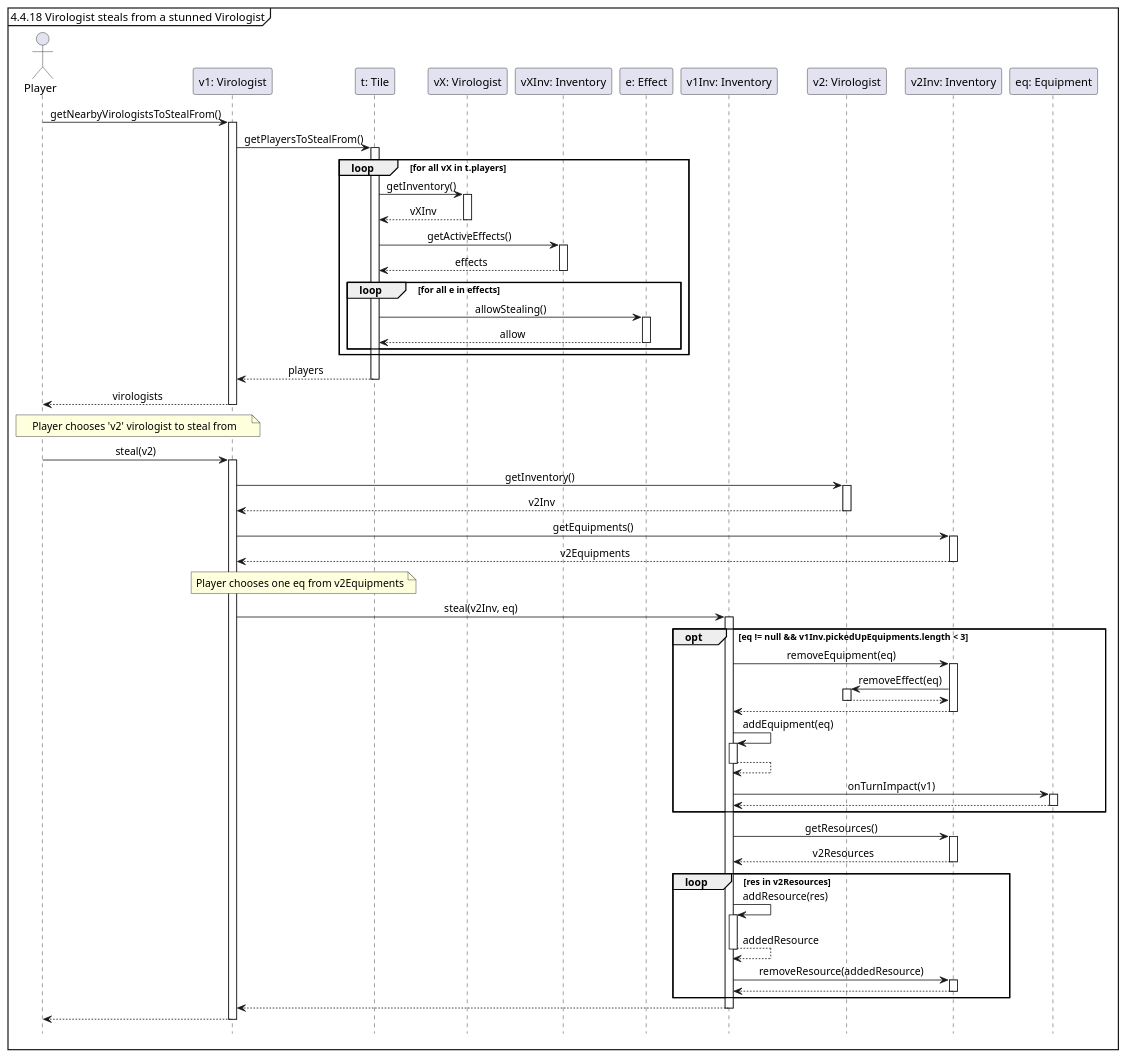
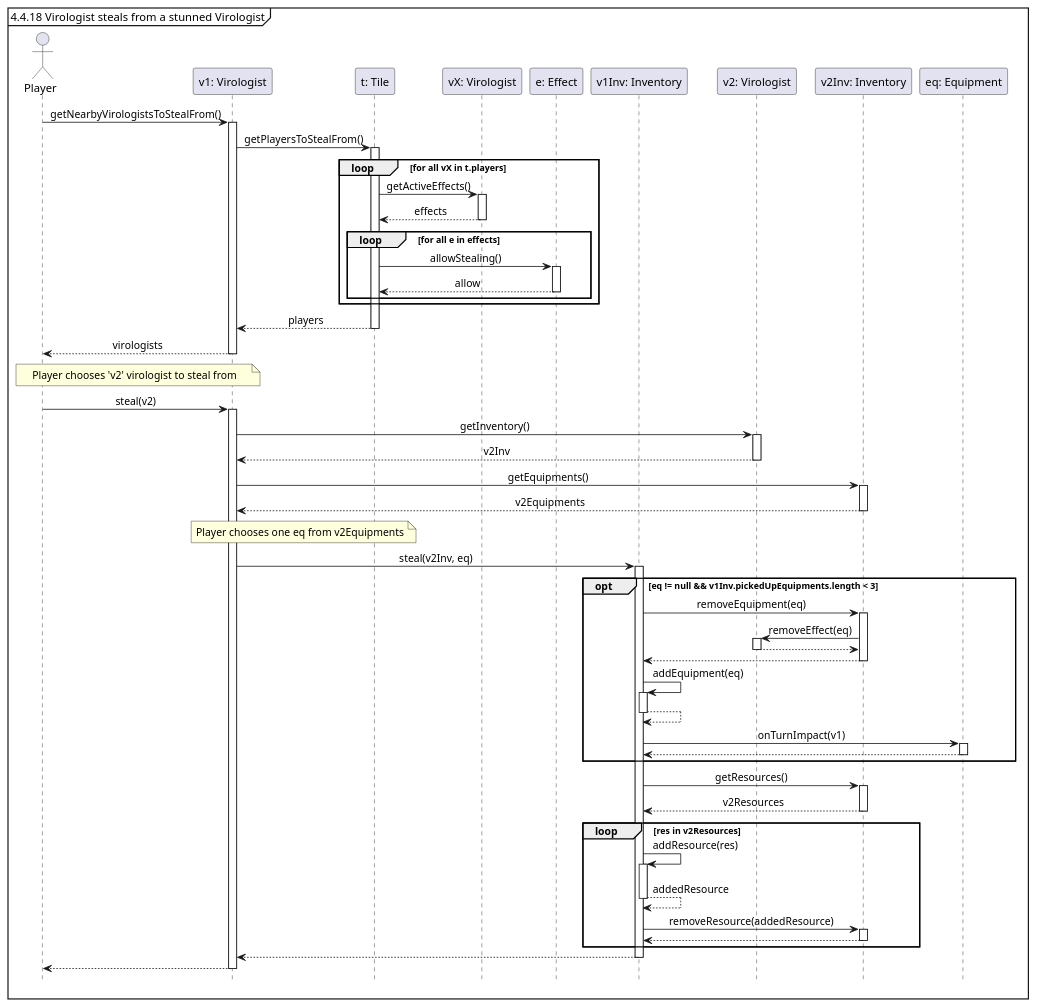
The diagram in docs/seqDiagrams/13stealFromPlayer.puml (Tschonti/503-service-unavailable), drawn with PlantUML before and after one commit. The commit also changed 8 other files, not shown here.

```diff
--- a/docs/seqDiagrams/13stealFromPlayer.puml
+++ b/docs/seqDiagrams/13stealFromPlayer.puml
@@ -1,69 +1,66 @@
 @startuml
 'https://plantuml.com/sequence-diagram
 
 hide footbox
 skinparam sequenceMessageAlign center
 
 mainframe 4.4.18 Virologist steals from a stunned Virologist
 
 actor Player as p
 participant "v1: Virologist" as v1
 participant "t: Tile" as t
 participant "vX: Virologist" as vX
-participant "vXInv: Inventory" as vXInv
 participant "e: Effect" as e
 participant "v1Inv: Inventory" as v1Inv
 participant "v2: Virologist" as v2
 participant "v2Inv: Inventory" as v2Inv
 participant "eq: Equipment" as eq
 
 p -> v1 ++ : getNearbyVirologistsToStealFrom()
     v1-> t ++ : getPlayersToStealFrom()
     loop for all vX in t.players
-        t -> vX ++ : getInventory()
-        return vXInv
-        t -> vXInv ++ : getActiveEffects()
+        t -> vX ++ : getActiveEffects()
         return effects
         loop for all e in effects
             t -> e ++ : allowStealing()
             return allow
         end
     end
     return players
 return virologists
 
 note over p, v1 : Player chooses 'v2' virologist to steal from
 
 p -> v1 ++ : steal(v2)
     v1 -> v2 ++ : getInventory()
     return v2Inv
 
     v1 -> v2Inv ++ : getEquipments()
     return v2Equipments
     note over v1, t: Player chooses one eq from v2Equipments
 
     v1 -> v1Inv ++ : steal(v2Inv, eq)
         opt eq != null && v1Inv.pickedUpEquipments.length < 3
             v1Inv -> v2Inv ++ : removeEquipment(eq)
                 v2Inv -> v2 ++ : removeEffect(eq)
                 return
             return
             v1Inv -> v1Inv ++ : addEquipment(eq)
             return
             v1Inv -> eq ++ : onTurnImpact(v1)
             return
         end
 
         v1Inv -> v2Inv ++ : getResources()
         return v2Resources
 
         loop res in v2Resources
             v1Inv -> v1Inv ++ : addResource(res)
             return addedResource
             v1Inv -> v2Inv ++ : removeResource(addedResource)
             return
         end
     return
 return
 
 @enduml
```
